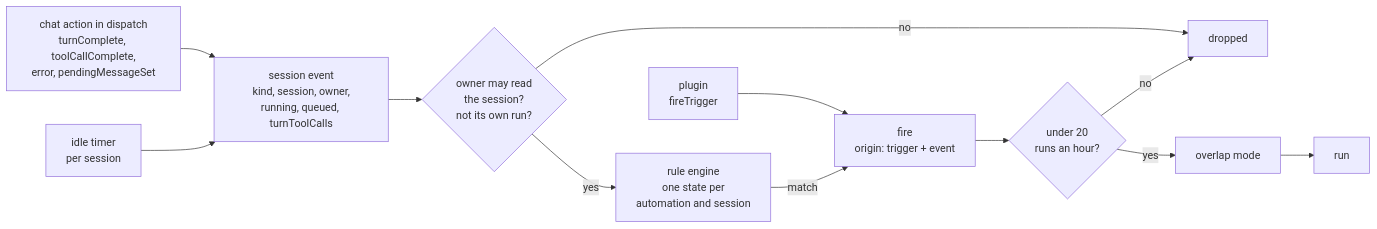
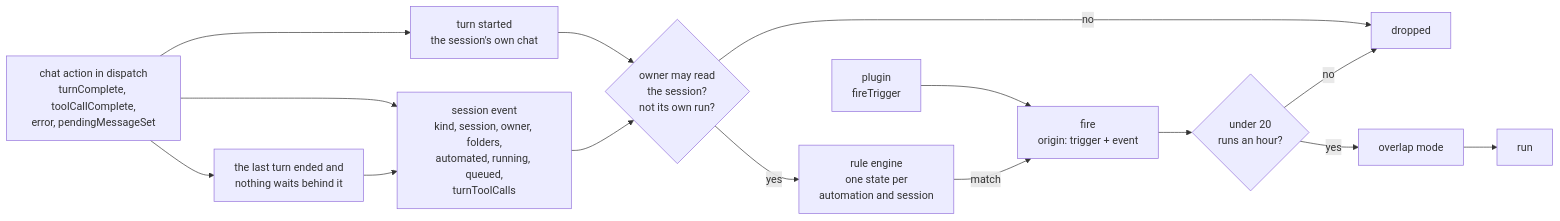
Before and after one commit to softov/ahpd: the first of 8 diagrams in .project/plans/host/71-an-automation-wakes-on-what-a-session-does/diagrams.md, drawn with Mermaid. The commit also changed other lines of this file and 51 other files, not shown here.

````diff
--- a/.project/plans/host/71-an-automation-wakes-on-what-a-session-does/diagrams.md
+++ b/.project/plans/host/71-an-automation-wakes-on-what-a-session-does/diagrams.md
@@ -9,14 +9,17 @@
 ```mermaid
 flowchart LR
-    A["chat action in dispatch<br/>turnComplete, toolCallComplete,<br/>error, pendingMessageSet"] --> E["session event<br/>kind, session, owner,<br/>running, queued, turnToolCalls"]
-    I["idle timer<br/>per session"] --> E
+    A["chat action in dispatch<br/>turnComplete, toolCallComplete,<br/>error, pendingMessageSet"] --> E["session event<br/>kind, session, owner, folders,<br/>automated, running, queued,<br/>turnToolCalls"]
+    A --> I["the last turn ended and<br/>nothing waits behind it"]
+    I --> E
+    A --> T["turn started<br/>the session's own chat"]
+    T --> G
     E --> G{"owner may read<br/>the session?<br/>not its own run?"}
     G -- no --> X["dropped"]
     G -- yes --> R["rule engine<br/>one state per<br/>automation and session"]
     P["plugin<br/>fireTrigger"] --> F
     R -- match --> F["fire<br/>origin: trigger + event"]
     F --> C{"under 20<br/>runs an hour?"}
     C -- no --> X
     C -- yes --> O["overlap mode"]
     O --> N["run"]
 ```
````
